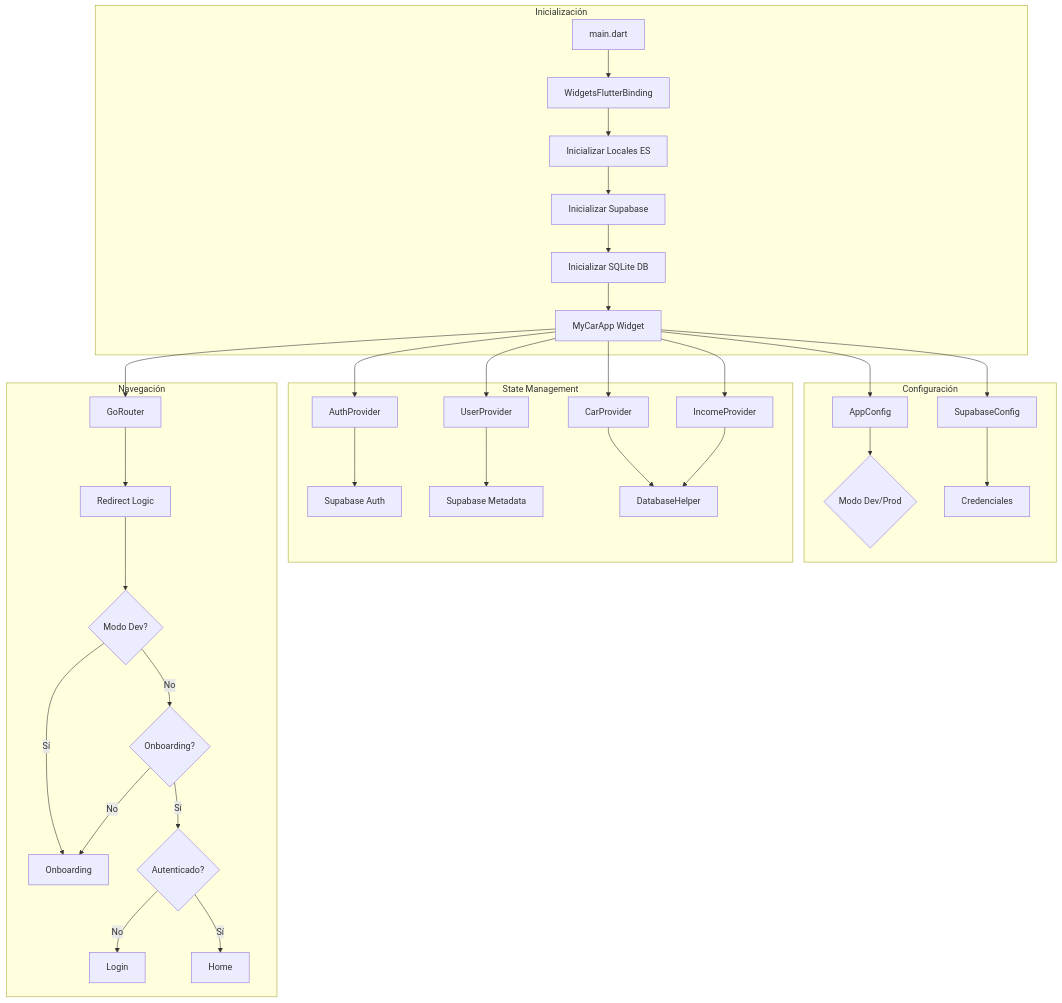
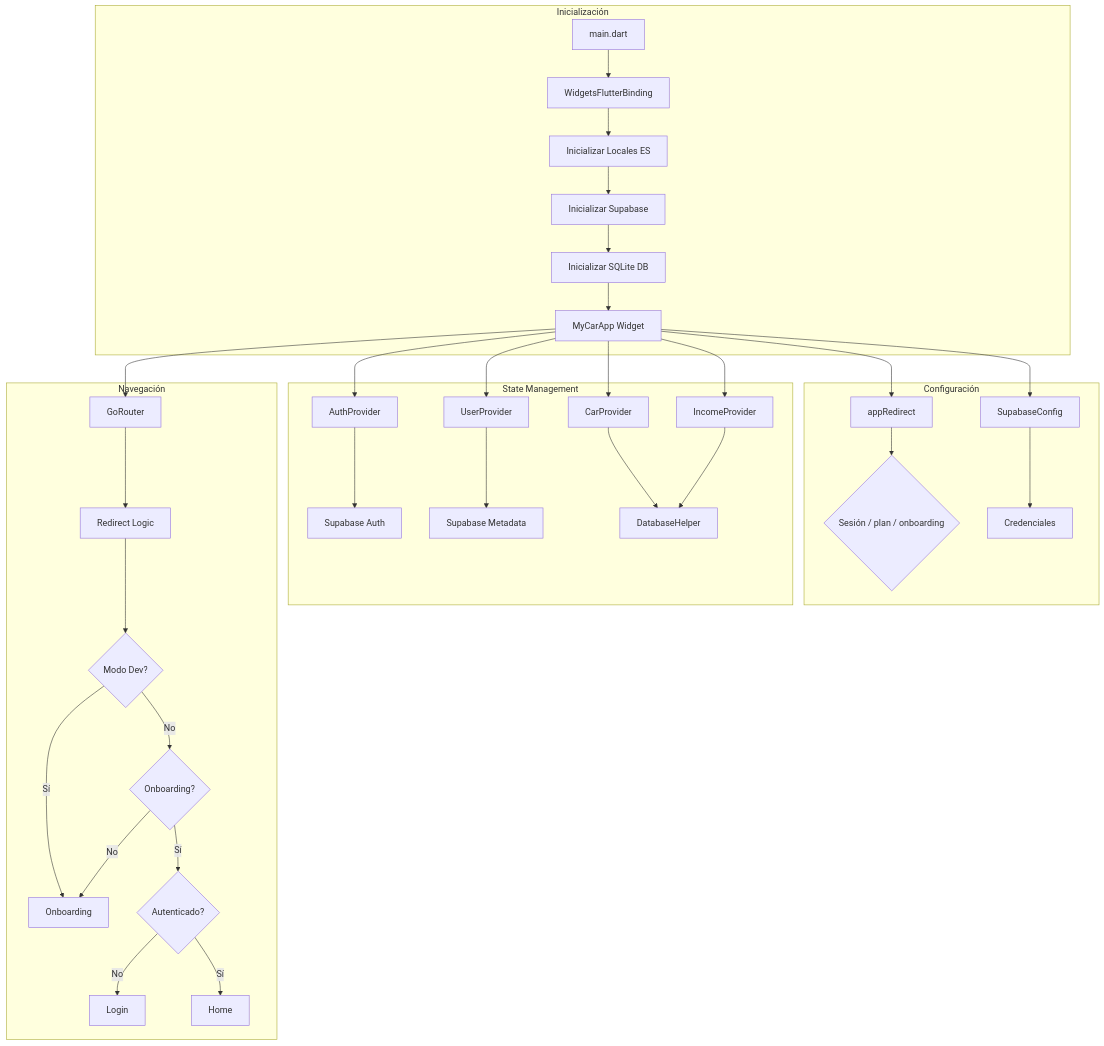
One commit to cristianvg9704/MyCarApp changed the first of 4 diagrams in docs/ARCHITECTURE_DIAGRAM.md. Above: the diagram before and after it, drawn with Mermaid. The commit also changed other lines of this file and 11 other files, not shown here.

````diff
--- a/docs/ARCHITECTURE_DIAGRAM.md
+++ b/docs/ARCHITECTURE_DIAGRAM.md
@@ -5,41 +5,41 @@
 ```mermaid
 graph TB
     subgraph Init[Inicialización]
         A[main.dart] --> B[WidgetsFlutterBinding]
         B --> C[Inicializar Locales ES]
         C --> D[Inicializar Supabase]
         D --> E[Inicializar SQLite DB]
         E --> F[MyCarApp Widget]
     end
 
     subgraph Config[Configuración]
-        G[AppConfig] --> H{Modo Dev/Prod}
+        G[appRedirect] --> H{Sesión / plan / onboarding}
         I[SupabaseConfig] --> J[Credenciales]
     end
 
     subgraph Providers[State Management]
         K[AuthProvider] --> L[Supabase Auth]
         M[UserProvider] --> N[Supabase Metadata]
         P[CarProvider] --> Q[DatabaseHelper]
         R[IncomeProvider] --> Q
     end
 
     subgraph Router[Navegación]
         U[GoRouter] --> V[Redirect Logic]
         V --> W{Modo Dev?}
         W -->|Sí| X[Onboarding]
         W -->|No| Y{Onboarding?}
         Y -->|No| X
         Y -->|Sí| Z{Autenticado?}
         Z -->|No| AA[Login]
         Z -->|Sí| AB[Home]
     end
 
     F --> G
     F --> I
     F --> K
     F --> M
     F --> P
     F --> R
     F --> U
 ```
````
